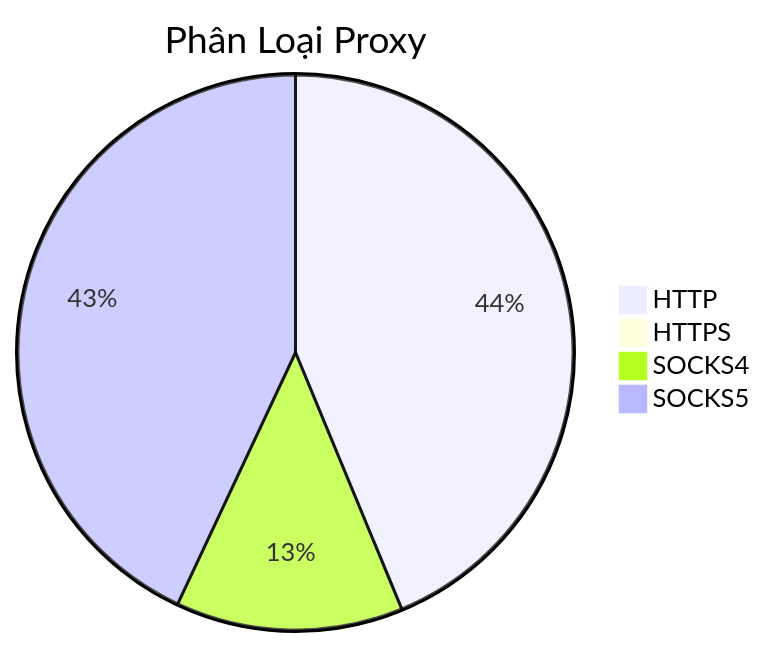
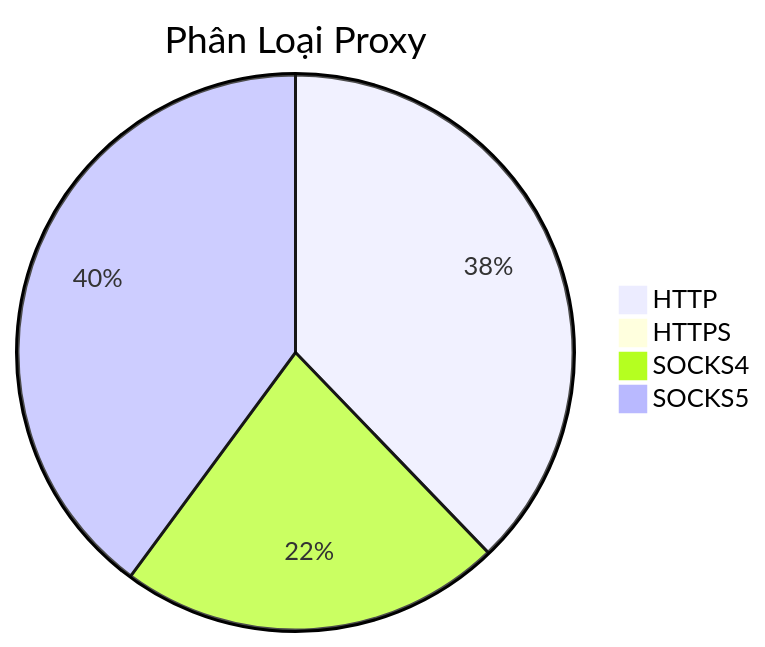
One commit to Ciara-12/PROXY-free changed the diagram in README.md. Above: the diagram before and after it, drawn with Mermaid. The commit also changed other lines of this file and 3 other files, not shown here.

````diff
--- a/README.md
+++ b/README.md
@@ -26,7 +26,7 @@
 ```mermaid
 pie title Phân Loại Proxy
-    "HTTP" : 1085
+    "HTTP" : 813
     "HTTPS" : 0
-    "SOCKS4" : 328
-    "SOCKS5" : 1067
+    "SOCKS4" : 480
+    "SOCKS5" : 858
 ```
````
